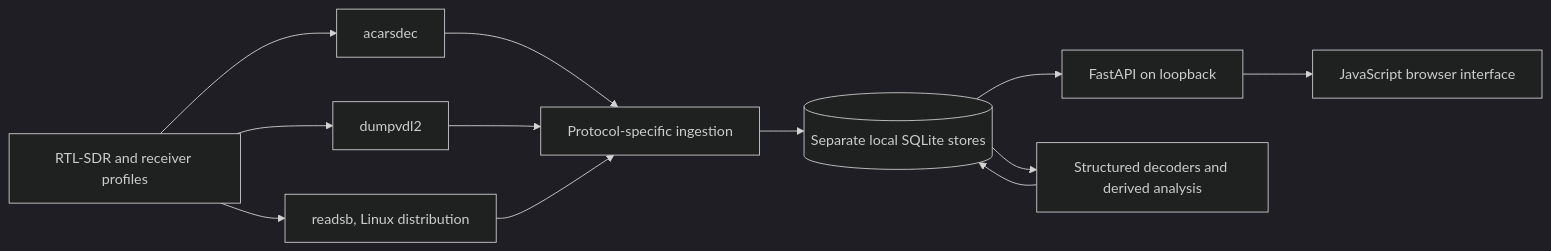
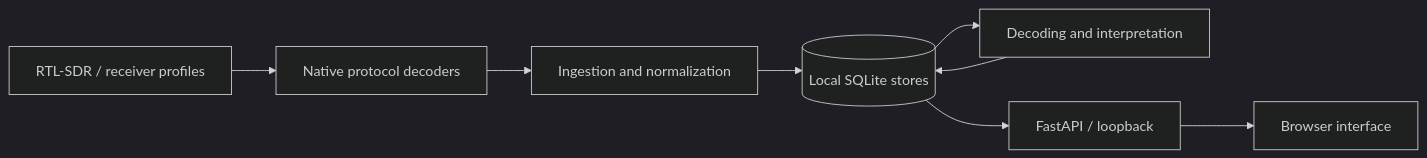
The diagram in README.md (cdenizz/ACARSINT), drawn with Mermaid (dark theme) before and after one commit. The commit also changed other lines of this file and 28 other files, not shown here.

````diff
--- a/README.md
+++ b/README.md
@@ -82,14 +57,10 @@
 ```mermaid
 flowchart LR
-    SDR[RTL-SDR and receiver profiles] --> AC[acarsdec]
-    SDR --> VDL[dumpvdl2]
-    SDR --> ADSB[readsb, Linux distribution]
-    AC --> ING[Protocol-specific ingestion]
-    VDL --> ING
-    ADSB --> ING
-    ING --> DB[(Separate local SQLite stores)]
-    DB --> API[FastAPI on loopback]
-    API --> UI[JavaScript browser interface]
-    DB --> DEC[Structured decoders and derived analysis]
-    DEC --> DB
+    RF[RTL-SDR / receiver profiles] --> D[Native protocol decoders]
+    D --> I[Ingestion and normalization]
+    I --> DB[(Local SQLite stores)]
+    DB --> P[Decoding and interpretation]
+    P --> DB
+    DB --> API[FastAPI / loopback]
+    API --> UI[Browser interface]
 ```
````
